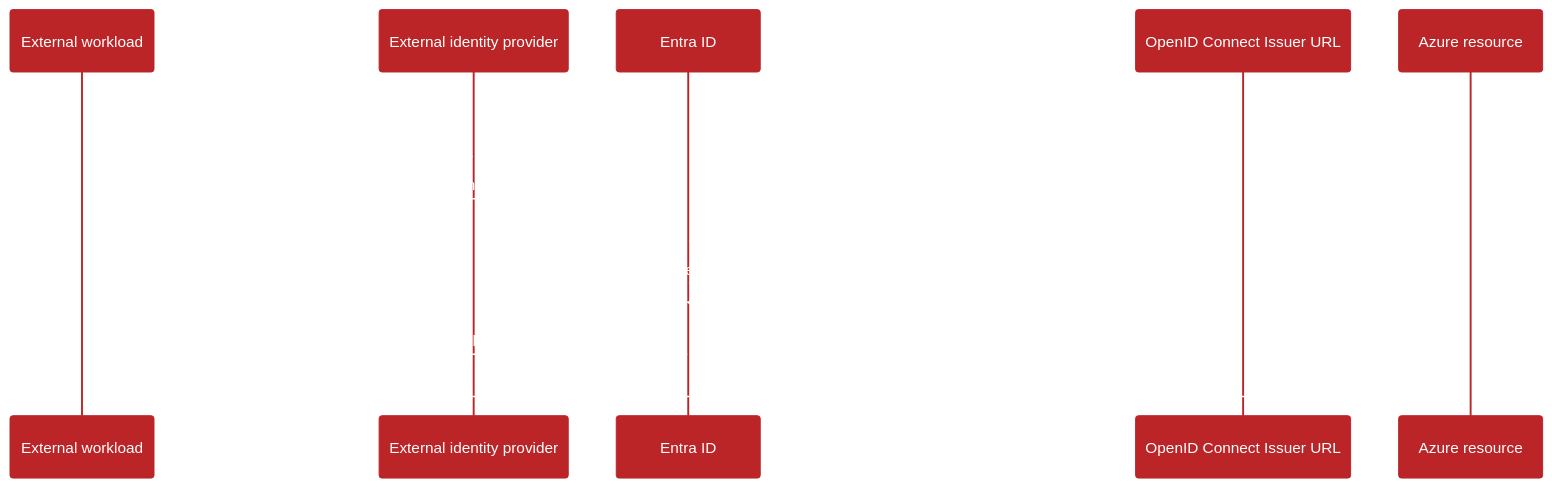
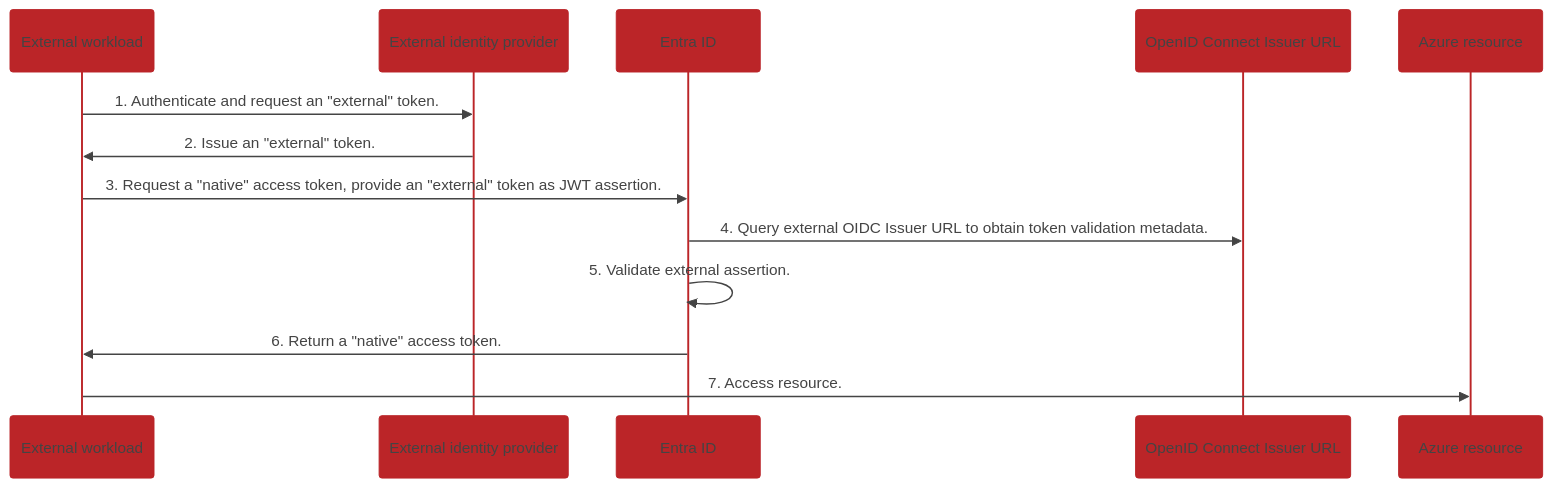
Before and after one commit to lucas-ko/lucas-ko.github.io: the second of 3 diagrams in _posts/2025-01-11-Workload-Identity-Federation-Hidden-Risks.md, drawn with Mermaid. The commit also changed other lines of this file, not shown here.

````diff
--- a/_posts/2025-01-11-Workload-Identity-Federation-Hidden-Risks.md
+++ b/_posts/2025-01-11-Workload-Identity-Federation-Hidden-Risks.md
@@ -54,28 +53,27 @@
 ```mermaid
 %%{
   init: {
     'theme': 'base',
     'themeVariables': {
       'primaryColor': '#BB2528',
-      'primaryTextColor': '#FFFF',
+      'primaryTextColor': '#444444',
       'primaryBorderColor': '#BB2528',
-      'lineColor': '#5B5B5B',
+      'lineColor': '#444444',
       'secondaryColor': '#A56BCD',
-      'tertiaryColor': '#FFFF'
+      'tertiaryColor': '#999999'
     }
   }
-}%%
-sequenceDiagram
+}%% sequenceDiagram
     participant EW as External workload
     participant EIDP as External identity provider
     participant EID as Entra ID
     participant EOIDC as OpenID Connect Issuer URL   
     participant Az as Azure resource
     EW ->> EIDP: 1. Authenticate and request an "external" token.
     EIDP ->> EW: 2. Issue an "external" token.
     EW ->> EID: 3. Request a "native" access token, provide an "external" token as JWT assertion.
     EID->> EOIDC: 4. Query external OIDC Issuer URL to obtain token validation metadata.
     EID->> EID: 5. Validate external assertion.
     EID ->> EW: 6. Return a "native" access token.
     EW ->> Az: 7. Access resource.
 ```
````
